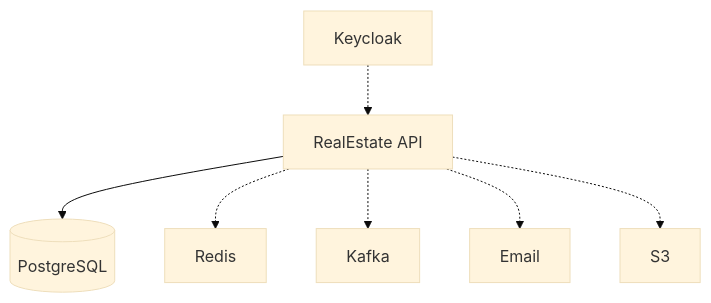
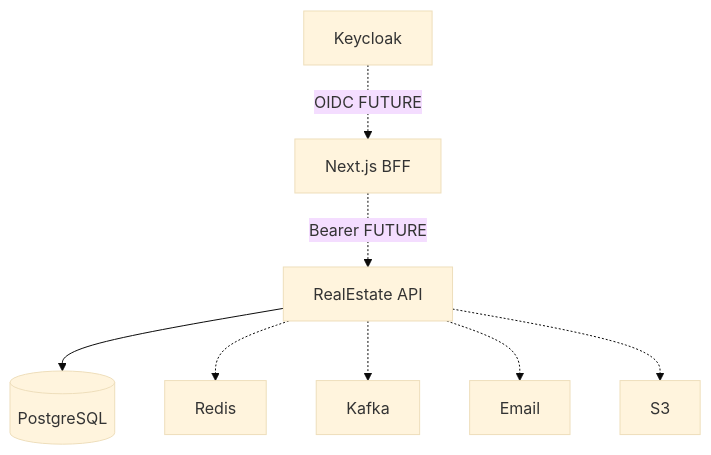
The second of 2 diagrams in docs/05-infrastructure/INTEGRATIONS.md (fdeniz07/RealEstateBackend), drawn with Mermaid (base theme) before and after one commit. The commit also changed other lines of this file and 33 other files, not shown here.

Commit message:
docs(architecture): consolidate architecture documentation baseline

````diff
--- a/docs/05-infrastructure/INTEGRATIONS.md
+++ b/docs/05-infrastructure/INTEGRATIONS.md
@@ -26,10 +66,11 @@
 ```mermaid
 flowchart TB
   API[RealEstate API]
   API --> PG[(PostgreSQL)]
   API -.-> Redis
   API -.-> Kafka
   API -.-> Email
   API -.-> S3
-  KC[Keycloak] -.-> API
+  KC[Keycloak] -.->|OIDC FUTURE| BFF[Next.js BFF]
+  BFF -.->|Bearer FUTURE| API
 ```
````
